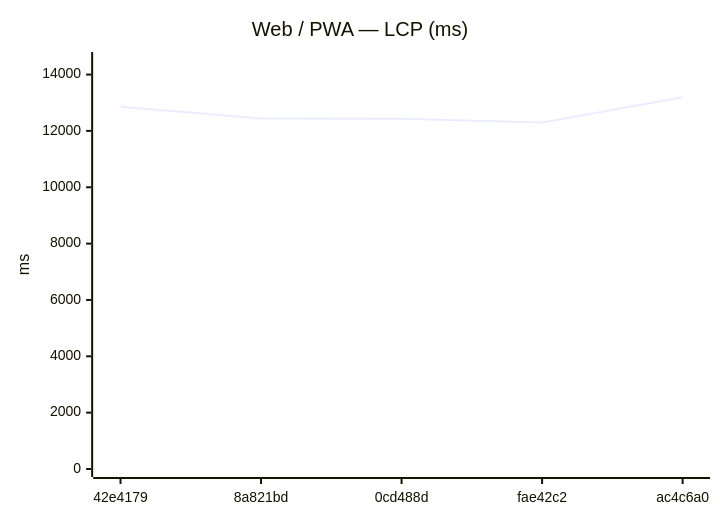
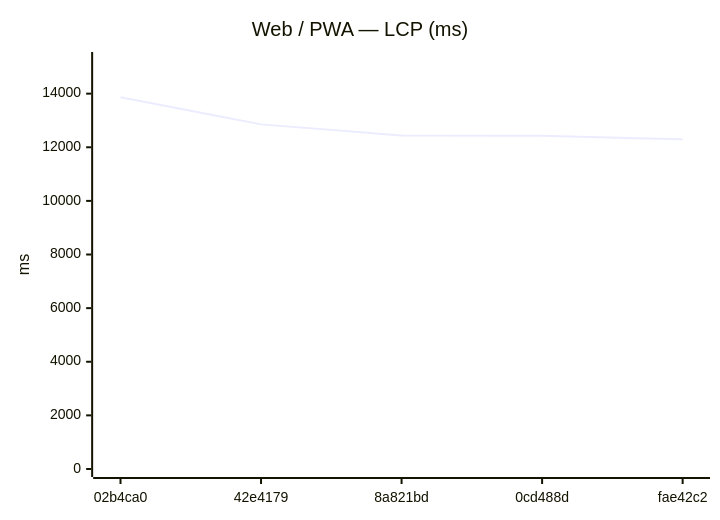
The seventh of 18 diagrams in benchmarks/compare.md (Metaheurist/Rianell), drawn with Mermaid before and after one commit. The commit also changed other lines of this file and 11 other files, not shown here.

````diff
--- a/benchmarks/compare.md
+++ b/benchmarks/compare.md
@@ -117,7 +117,7 @@
 ```mermaid
 xychart-beta
     title "Web / PWA — LCP (ms)"
-    x-axis ["42e4179", "8a821bd", "0cd488d", "fae42c2", "ac4c6a0"]
-    y-axis "ms" 0 --> 14517
-    line [12854, 12437, 12430, 12295, 13197]
+    x-axis ["02b4ca0", "42e4179", "8a821bd", "0cd488d", "fae42c2"]
+    y-axis "ms" 0 --> 15255
+    line [13868, 12854, 12437, 12430, 12295]
 ```
````
